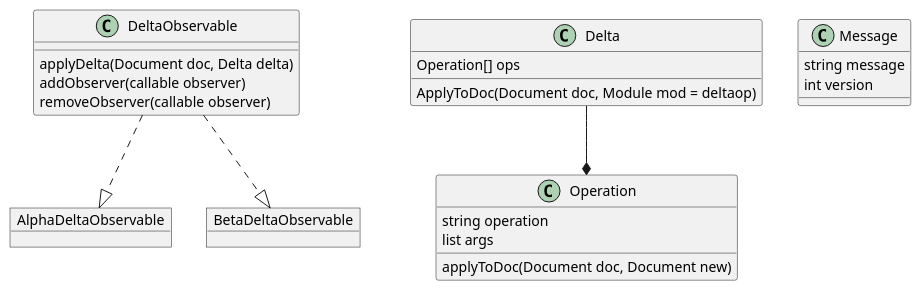
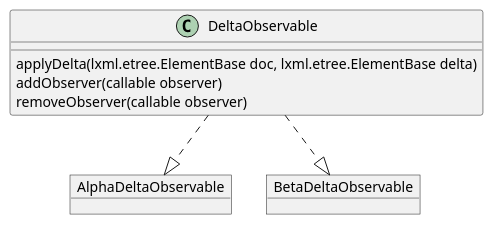
Before and after one commit to pyofwave/PyOfWave: the second of 2 diagrams in docs/server/source/Extending/CoreModule.rst, drawn with PlantUML. The commit also changed other lines of this file and 30 other files, not shown here.

```diff
--- a/docs/server/source/Extending/CoreModule.rst
+++ b/docs/server/source/Extending/CoreModule.rst
@@ -238,23 +52,10 @@
 .. uml::
    object AlphaDeltaObservable
    object BetaDeltaObservable
 
    DeltaObservable ..|> AlphaDeltaObservable
    DeltaObservable ..|> BetaDeltaObservable
-   
-   Delta --* Operation
-   class Message
 
-   DeltaObservable : applyDelta(Document doc, Delta delta)
+   DeltaObservable : applyDelta(lxml.etree.ElementBase doc, lxml.etree.ElementBase delta)
    DeltaObservable : addObserver(callable observer)
    DeltaObservable : removeObserver(callable observer)
-
-   Delta : Operation[] ops
-   Delta : ApplyToDoc(Document doc, Module mod = deltaop)
-
-   Operation : string operation
-   Operation : list args
-   Operation : applyToDoc(Document doc, Document new)
-
-   Message : string message
-   Message : int version
```
